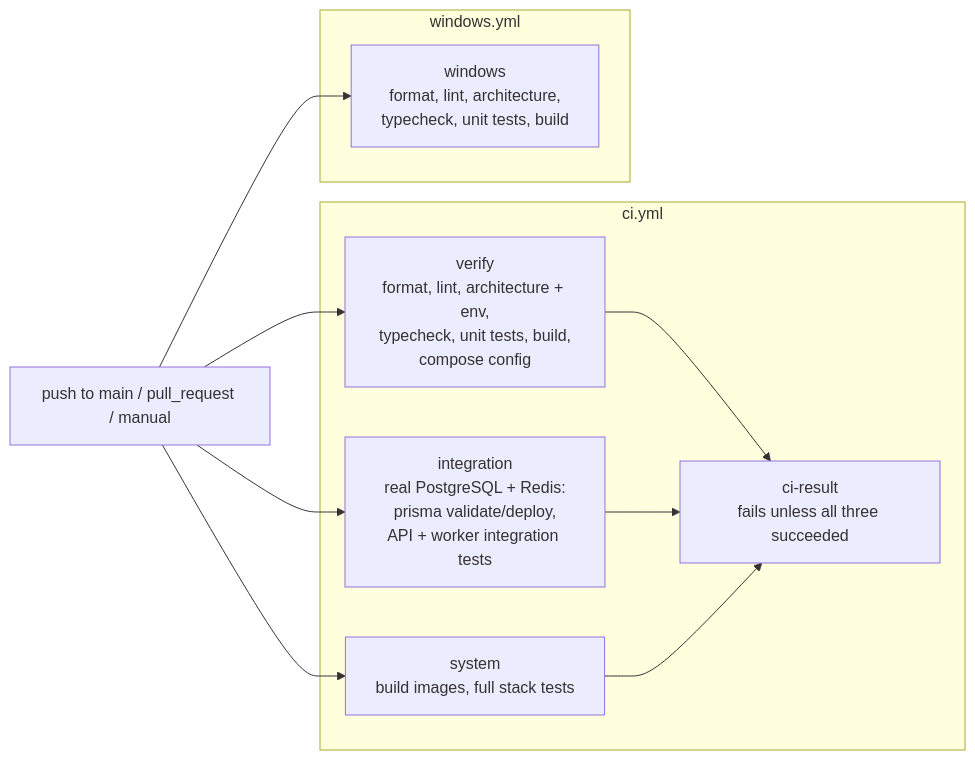
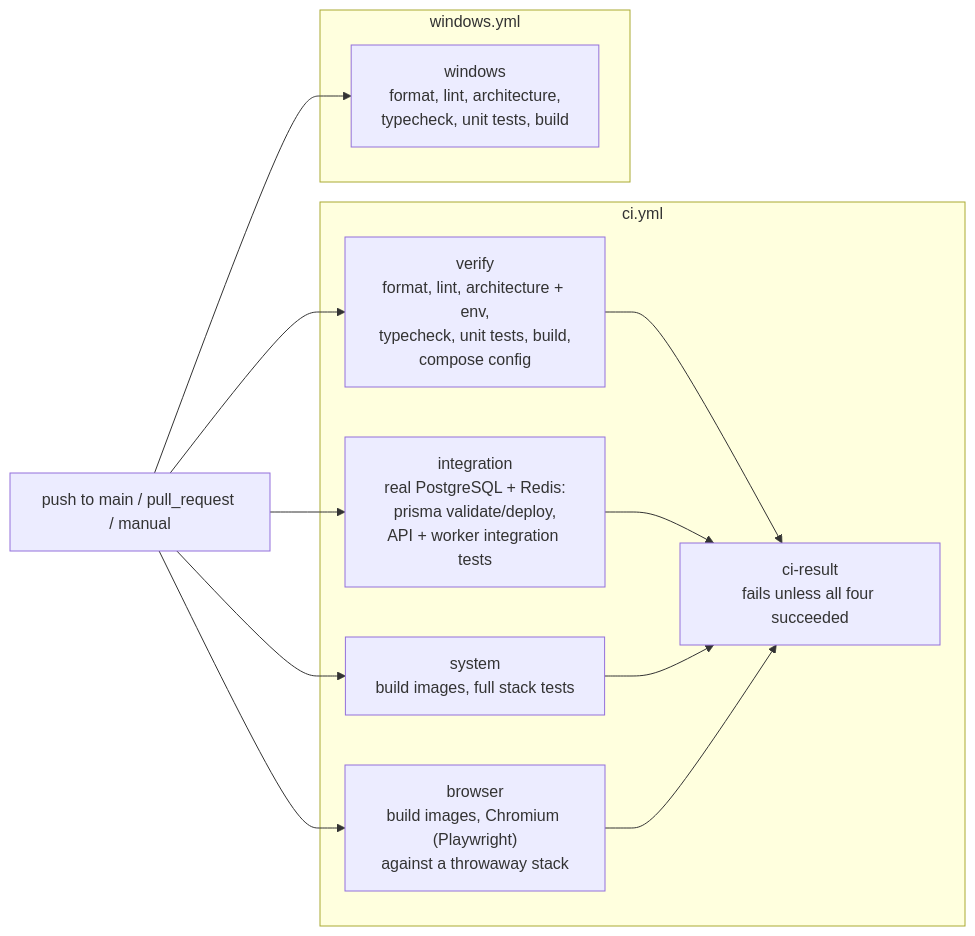
The diagram in docs/architecture/ci.md (ehsanEbr/AgenOS), drawn with Mermaid before and after one commit. The commit also changed other lines of this file and 118 other files, not shown here.

First line of the commit message:
feat(phase-2.4): web UI for organizations, projects and members, and Playwright browser E2E

````diff
--- a/docs/architecture/ci.md
+++ b/docs/architecture/ci.md
@@ -15,14 +18,15 @@
 ```mermaid
 flowchart LR
-  push["push to main / pull_request / manual"] --> verify & integration & system & windows
+  push["push to main / pull_request / manual"] --> verify & integration & system & browser & windows
   subgraph ci.yml
     verify["verify<br/>format, lint, architecture + env,<br/>typecheck, unit tests, build,<br/>compose config"]
     integration["integration<br/>real PostgreSQL + Redis:<br/>prisma validate/deploy,<br/>API + worker integration tests"]
     system["system<br/>build images, full stack tests"]
-    result["ci-result<br/>fails unless all three succeeded"]
+    browser["browser<br/>build images, Chromium (Playwright)<br/>against a throwaway stack"]
+    result["ci-result<br/>fails unless all four succeeded"]
   end
-  verify & integration & system --> result
+  verify & integration & system & browser --> result
   subgraph windows.yml
     windows["windows<br/>format, lint, architecture,<br/>typecheck, unit tests, build"]
   end
 ```
````
